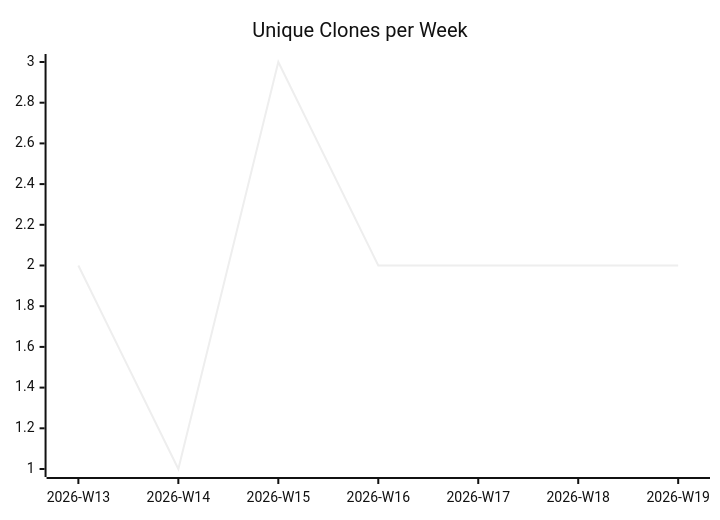
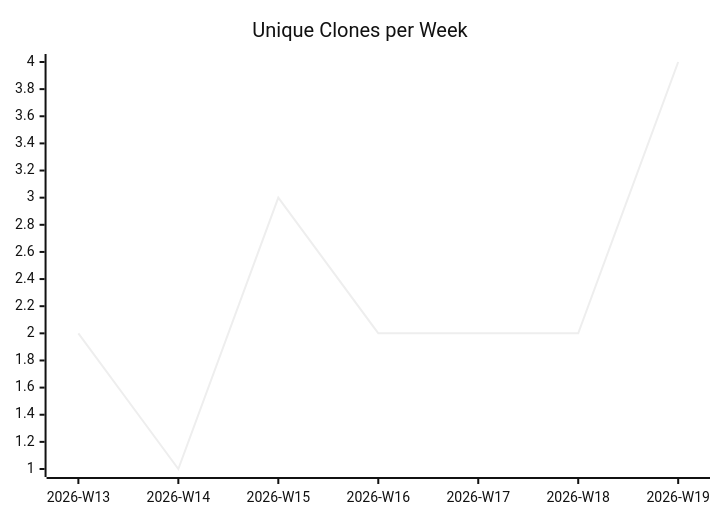
Before and after one commit to justdavis-family/github-analytics-data: the third of 3 diagrams in karlmdavis/kobjects/README.md, drawn with Mermaid (neutral theme). The commit also changed other lines of this file and 192 other files, not shown here.

````diff
--- a/karlmdavis/kobjects/README.md
+++ b/karlmdavis/kobjects/README.md
@@ -19,6 +19,6 @@
 ```mermaid
 xychart-beta
   title "Unique Clones per Week"
   x-axis ["2026-W13", "2026-W14", "2026-W15", "2026-W16", "2026-W17", "2026-W18", "2026-W19"]
-  line [2, 1, 3, 2, 2, 2, 2]
+  line [2, 1, 3, 2, 2, 2, 4]
 ```
````
